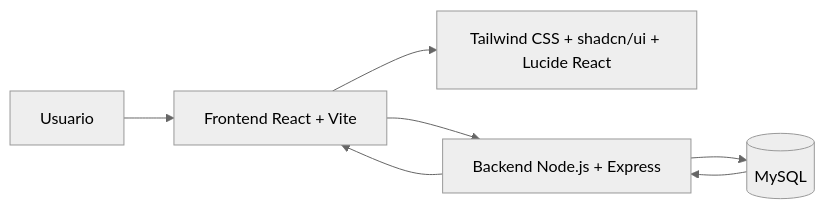
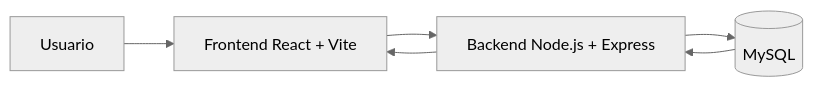
The diagram in docs/ARCHITECTURE.md (Christian-O-dev/SkilSwap-proyect-), drawn with Mermaid (neutral theme) before and after one commit. The commit also changed other lines of this file, not shown here.

````diff
--- a/docs/ARCHITECTURE.md
+++ b/docs/ARCHITECTURE.md
@@ -95,9 +96,8 @@
 ```mermaid
 flowchart LR
     U[Usuario] --> F[Frontend React + Vite]
-    F --> UI[Tailwind CSS + shadcn/ui + Lucide React]
     F --> API[Backend Node.js + Express]
     API --> DB[(MySQL)]
     DB --> API
     API --> F
 ```
````
